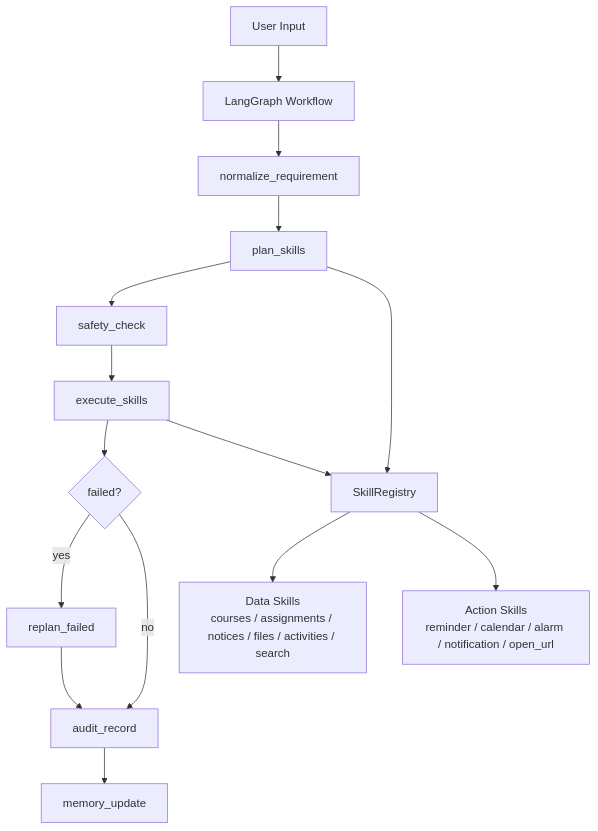
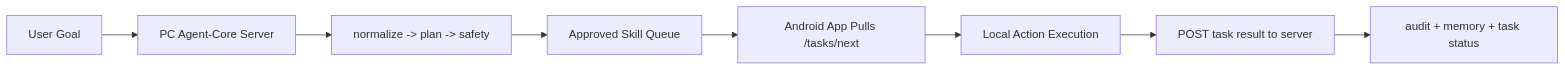
One commit to abrahaamm/OpenTHU changed the diagram in README.md. Above: the diagram before and after it, drawn with Mermaid. The commit also changed other lines of this file and 13 other files, not shown here.

First line of the commit message:
feat(agent-core): add server dispatch flow and android gateway execution loop

````diff
--- a/README.md
+++ b/README.md
@@ -18,19 +18,10 @@
 ```mermaid
-flowchart TD
-    A["User Input"] --> B["LangGraph Workflow"]
-    B --> C["normalize_requirement"]
-    C --> D["plan_skills"]
-    D --> E["safety_check"]
-    E --> F["execute_skills"]
-    F --> G{"failed?"}
-    G -- "yes" --> H["replan_failed"]
-    G -- "no" --> I["audit_record"]
-    H --> I
-    I --> J["memory_update"]
-
-    D --> K["SkillRegistry"]
-    F --> K
-
-    K --> L["Data Skills<br/>courses / assignments / notices / files / activities / search"]
-    K --> M["Action Skills<br/>reminder / calendar / alarm / notification / open_url"]
+flowchart LR
+    A["User Goal"] --> B["PC Agent-Core Server"]
+    B --> C["normalize -> plan -> safety"]
+    C --> D["Approved Skill Queue"]
+    D --> E["Android App Pulls /tasks/next"]
+    E --> F["Local Action Execution"]
+    F --> G["POST task result to server"]
+    G --> H["audit + memory + task status"]
 ```
````
